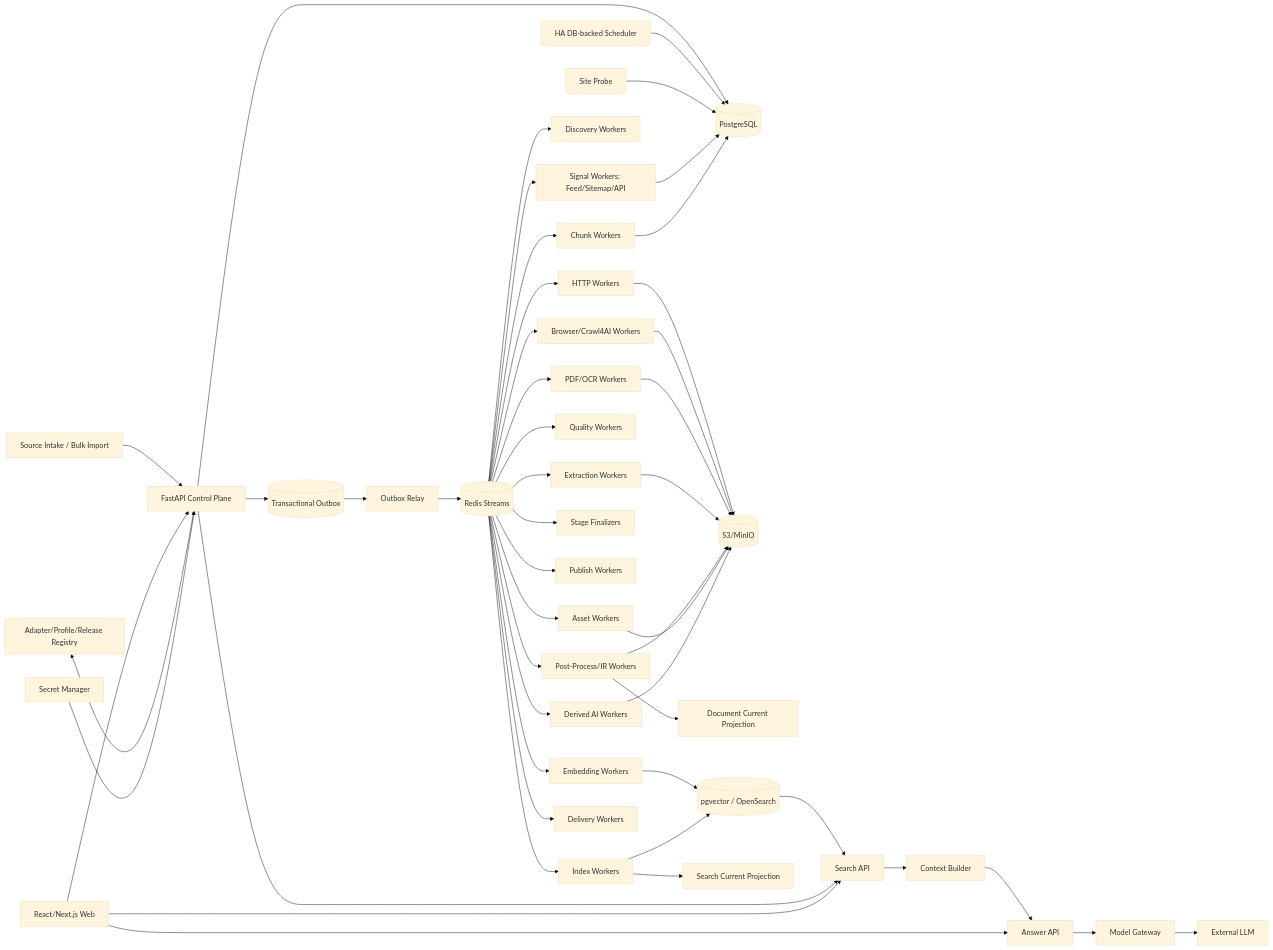
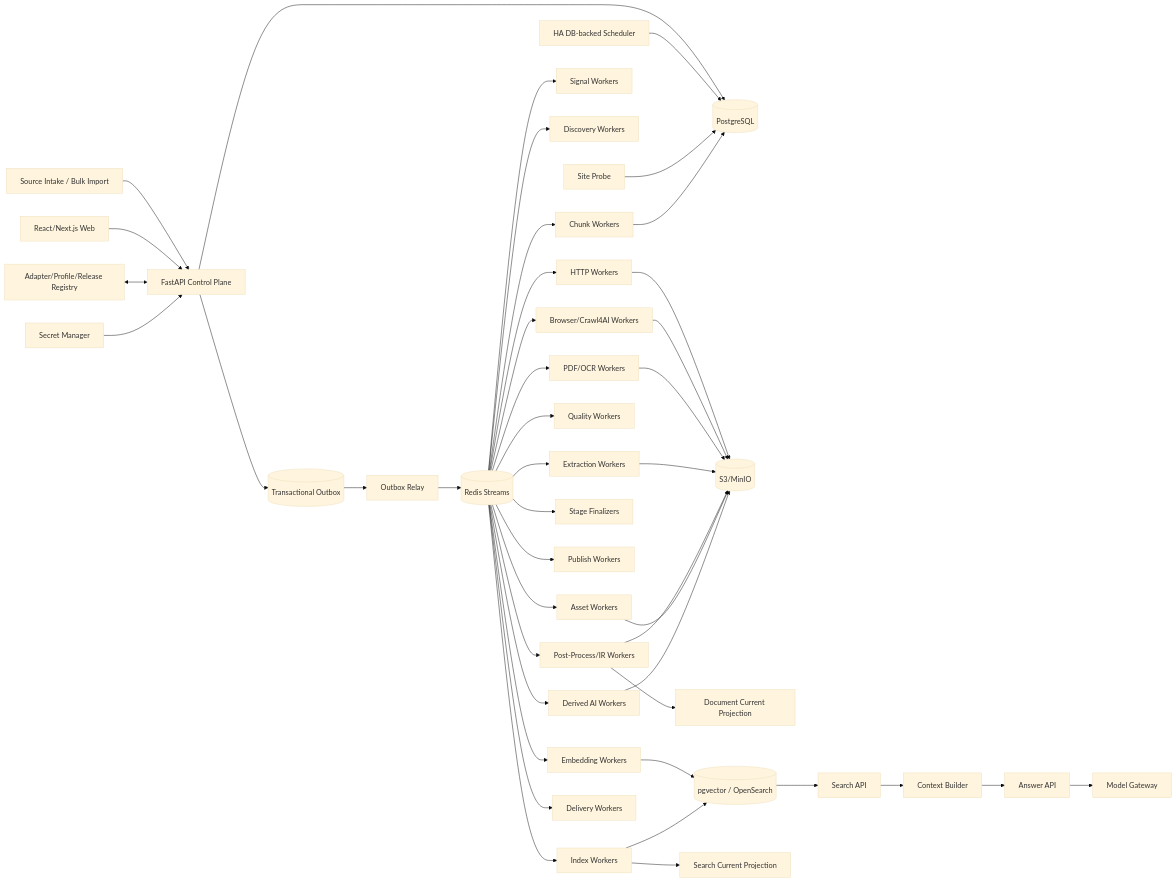
One commit to WorkerXu/my-doc changed the diagram in 博客知识库技术方案.md. Above: the diagram before and after it, drawn with Mermaid (base theme). The commit also changed other lines of this file, not shown here.

````diff
--- a/博客知识库技术方案.md
+++ b/博客知识库技术方案.md
@@ -70,57 +68,51 @@
 ```mermaid
 flowchart LR
     SI[Source Intake / Bulk Import] --> API[FastAPI Control Plane]
     UI[React/Next.js Web] --> API
     API --> PG[(PostgreSQL)]
     API --> OUT[(Transactional Outbox)]
 
     SCH[HA DB-backed Scheduler] --> PG
     REG[Adapter/Profile/Release Registry] <--> API
     PROBE[Site Probe] --> PG
     SEC[Secret Manager] --> API
 
     OUT --> RELAY[Outbox Relay]
     RELAY --> Q[(Redis Streams)]
 
-    Q --> SG[Signal Workers: Feed/Sitemap/API]
+    Q --> SG[Signal Workers]
     Q --> DW[Discovery Workers]
     Q --> HF[HTTP Workers]
     Q --> BW[Browser/Crawl4AI Workers]
     Q --> PDF[PDF/OCR Workers]
     Q --> EX[Extraction Workers]
     Q --> PP[Post-Process/IR Workers]
     Q --> QV[Quality Workers]
     Q --> AW[Asset Workers]
     Q --> FIN[Stage Finalizers]
     Q --> PB[Publish Workers]
     Q --> CW[Chunk Workers]
     Q --> EW[Embedding Workers]
     Q --> IX[Index Workers]
     Q --> AI[Derived AI Workers]
     Q --> NT[Delivery Workers]
 
-    SG --> PG
     HF --> OBJ[(S3/MinIO)]
     BW --> OBJ
     PDF --> OBJ
     EX --> OBJ
     PP --> OBJ
     AW --> OBJ
     AI --> OBJ
 
     PP --> CUR[Document Current Projection]
     CW --> PG
     EW --> SEARCH[(pgvector / OpenSearch)]
     IX --> SEARCH
     IX --> SCUR[Search Current Projection]
 
     SEARCH --> SA[Search API]
     SA --> CB[Context Builder]
     CB --> AA[Answer API]
     AA --> MG[Model Gateway]
-    MG --> LLM[External LLM]
-
-    API --> SA
-    UI --> SA
-    UI --> AA
 ```
````
